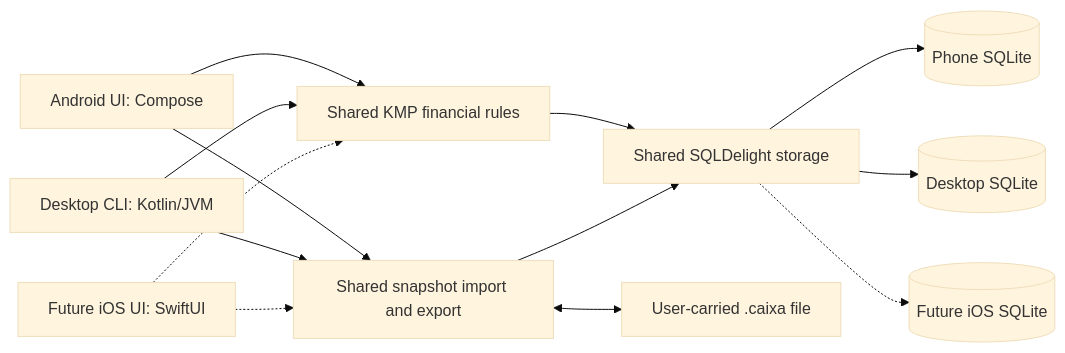
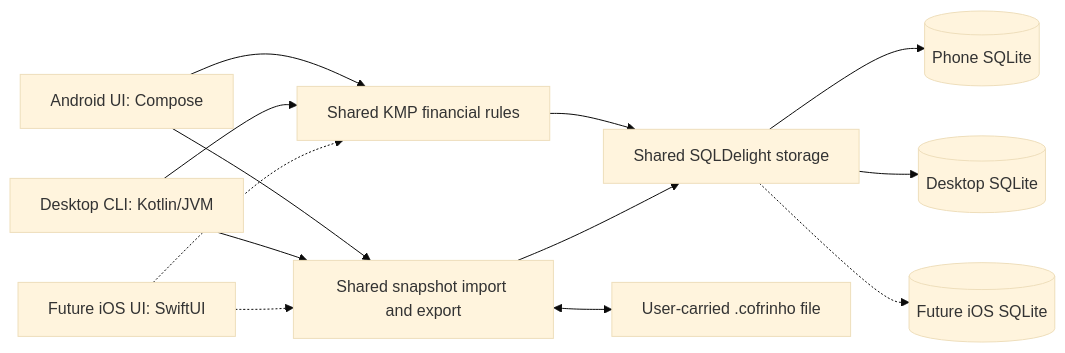
The diagram in docs/architecture/README.md (pianissoli/cofrinho), drawn with Mermaid (base theme) before and after one commit. The commit also changed other lines of this file and 66 other files, not shown here.

````diff
--- a/docs/architecture/README.md
+++ b/docs/architecture/README.md
@@ -55,15 +55,15 @@
 ```mermaid
 flowchart LR
     Android[Android UI: Compose] --> Rules[Shared KMP financial rules]
     CLI[Desktop CLI: Kotlin/JVM] --> Rules
     IOS[Future iOS UI: SwiftUI] -.-> Rules
     Rules --> Store[Shared SQLDelight storage]
     Store --> PhoneDB[(Phone SQLite)]
     Store --> DesktopDB[(Desktop SQLite)]
     Store -.-> IOSDB[(Future iOS SQLite)]
     Android --> Exchange[Shared snapshot import and export]
     CLI --> Exchange
     IOS -.-> Exchange
     Exchange --> Store
-    Exchange <--> File[User-carried .caixa file]
+    Exchange <--> File[User-carried .cofrinho file]
 ```
````
